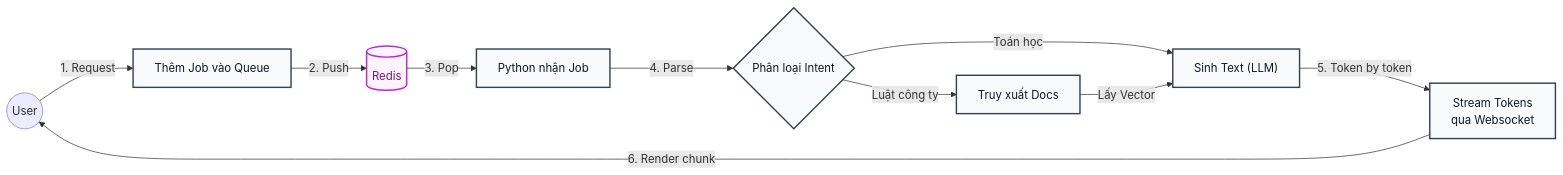
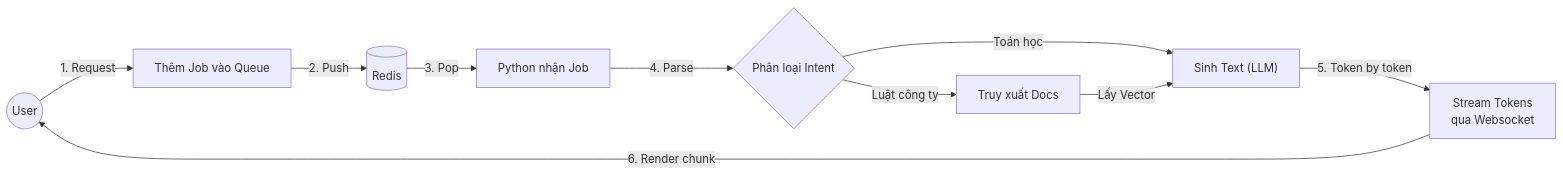
The second of 3 diagrams in README.md (2imyuH/RAG_LLM_ChatBot), drawn with Mermaid before and after one commit. The commit also changed other lines of this file, not shown here.

````diff
--- a/README.md
+++ b/README.md
@@ -59,26 +54,23 @@
 ```mermaid
 graph LR
-    classDef step fill:#f8fafc,stroke:#334155,stroke-width:2px,color:#0f172a
-    classDef data fill:#fdf4ff,stroke:#c026d6,stroke-width:2px,color:#701a75
-
     USER((User))
-    API["Thêm Job vào Queue"]:::step
-    REDIS[("Redis")]:::data
-    WORKER["Python nhận Job"]:::step
-    ROUTER{"Phân loại Intent"}:::step
-    QA["Truy xuất Docs"]:::step
-    LLM["Sinh Text (LLM)"]:::step
-    SOCKET["Stream Tokens<br>qua Websocket"]:::step
+    API["Thêm Job vào Queue"]
+    REDIS[("Redis")]
+    WORKER["Python nhận Job"]
+    ROUTER{"Phân loại Intent"}
+    QA["Truy xuất Docs"]
+    LLM["Sinh Text (LLM)"]
+    SOCKET["Stream Tokens<br>qua Websocket"]
 
     USER -->|1. Request| API
     API -->|2. Push| REDIS
     REDIS -->|3. Pop| WORKER
     WORKER -->|4. Parse| ROUTER
     
     ROUTER -->|Toán học| LLM
     ROUTER -->|Luật công ty| QA
     
     QA -->|Lấy Vector| LLM
     LLM -->|5. Token by token| SOCKET
     SOCKET -->|6. Render chunk| USER
 ```
````
